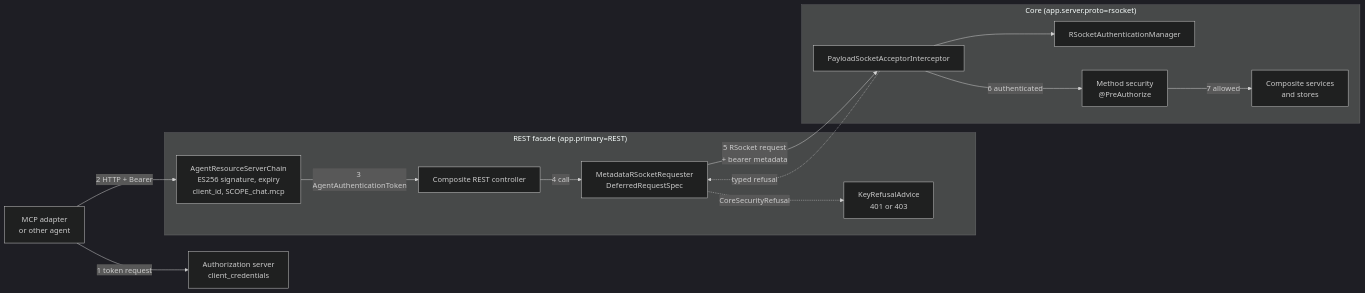
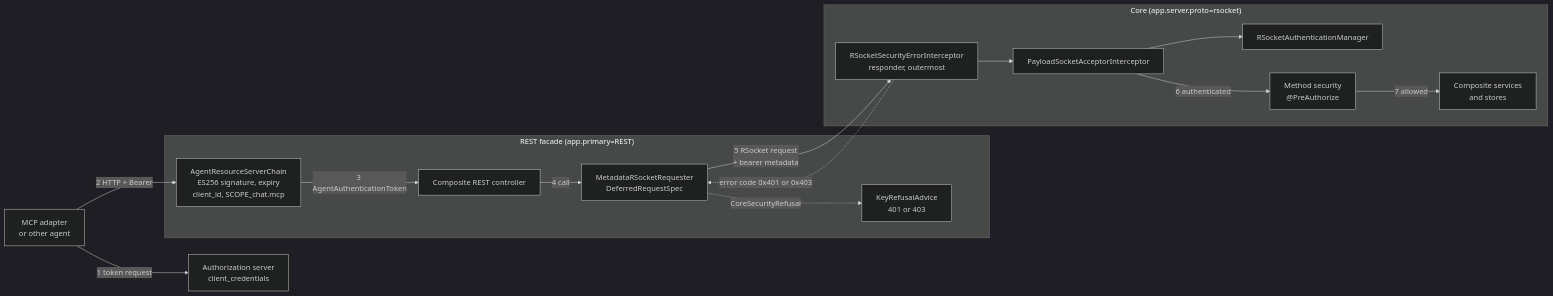
Before and after one commit to marios-code-path/demo-chat: the first of 6 diagrams in docs/REST-TOKEN-RELAY.md, drawn with Mermaid (dark theme). The commit also changed other lines of this file and 18 other files, not shown here.

First line of the commit message:
Send core security refusals as RSocket error codes (CHAT-mpjtnpqv)

````diff
--- a/docs/REST-TOKEN-RELAY.md
+++ b/docs/REST-TOKEN-RELAY.md
@@ -19,30 +19,32 @@
 ```mermaid
 flowchart LR
     A["MCP adapter<br/>or other agent"]
     AS["Authorization server<br/>client_credentials"]
 
     subgraph REST["REST facade (app.primary=REST)"]
         RC["AgentResourceServerChain<br/>ES256 signature, expiry<br/>client_id, SCOPE_chat.mcp"]
         CTL["Composite REST controller"]
         MR["MetadataRSocketRequester<br/>DeferredRequestSpec"]
         ADV["KeyRefusalAdvice<br/>401 or 403"]
     end
 
     subgraph CORE["Core (app.server.proto=rsocket)"]
+        EI["RSocketSecurityErrorInterceptor<br/>responder, outermost"]
         PI["PayloadSocketAcceptorInterceptor"]
         RM["RSocketAuthenticationManager"]
         MS["Method security<br/>@PreAuthorize"]
         SVC["Composite services<br/>and stores"]
     end
 
     A -->|1 token request| AS
     A -->|2 HTTP + Bearer| RC
     RC -->|3 AgentAuthenticationToken| CTL
     CTL -->|4 call| MR
-    MR -->|5 RSocket request<br/>+ bearer metadata| PI
+    MR -->|5 RSocket request<br/>+ bearer metadata| EI
+    EI --> PI
     PI --> RM
     PI -->|6 authenticated| MS
     MS -->|7 allowed| SVC
-    PI -. typed refusal .-> MR
+    EI -. "error code 0x401 or 0x403" .-> MR
     MR -. CoreSecurityRefusal .-> ADV
 ```
````
